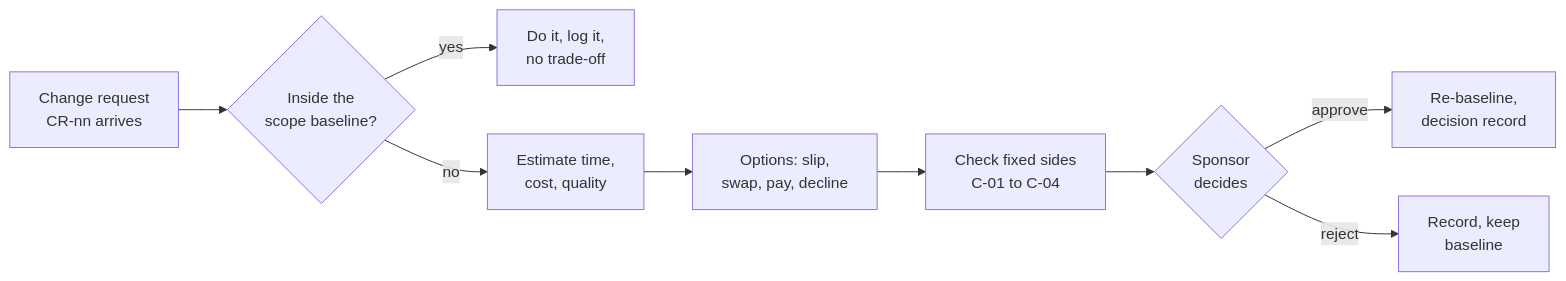
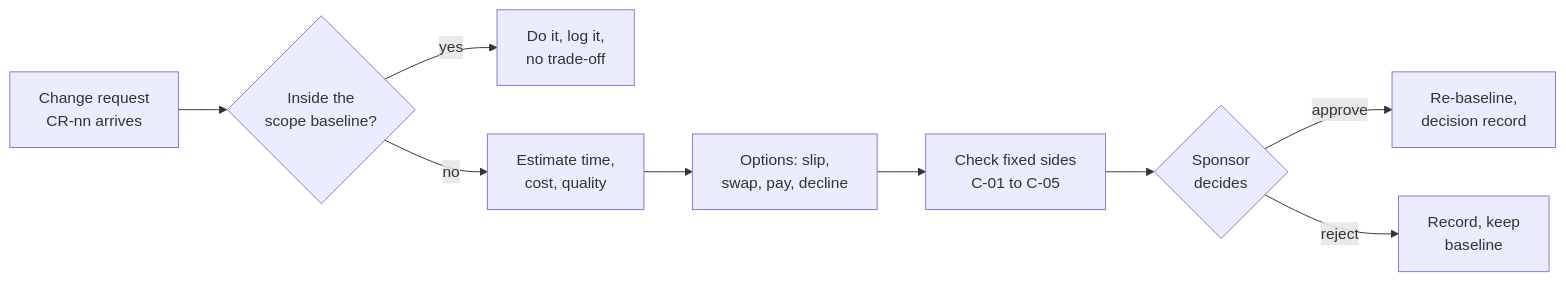
One commit to haimonyoudom/pm-plan-team7 changed the diagram in lab02/change-requests.md. Above: the diagram before and after it, drawn with Mermaid. The commit also changed other lines of this file and 4 other files, not shown here.

````diff
--- a/lab02/change-requests.md
+++ b/lab02/change-requests.md
@@ -88,11 +89,11 @@
 ```mermaid
 flowchart LR
     R["Change request<br/>CR-nn arrives"] --> S{"Inside the<br/>scope baseline?"}
     S -- yes --> D["Do it, log it,<br/>no trade-off"]
     S -- no --> E["Estimate time,<br/>cost, quality"]
     E --> O["Options: slip,<br/>swap, pay, decline"]
-    O --> F["Check fixed sides<br/>C-01 to C-04"]
+    O --> F["Check fixed sides<br/>C-01 to C-05"]
     F --> P{"Sponsor<br/>decides"}
     P -- approve --> B["Re-baseline,<br/>decision record"]
     P -- reject --> K["Record, keep<br/>baseline"]
 ```
````
